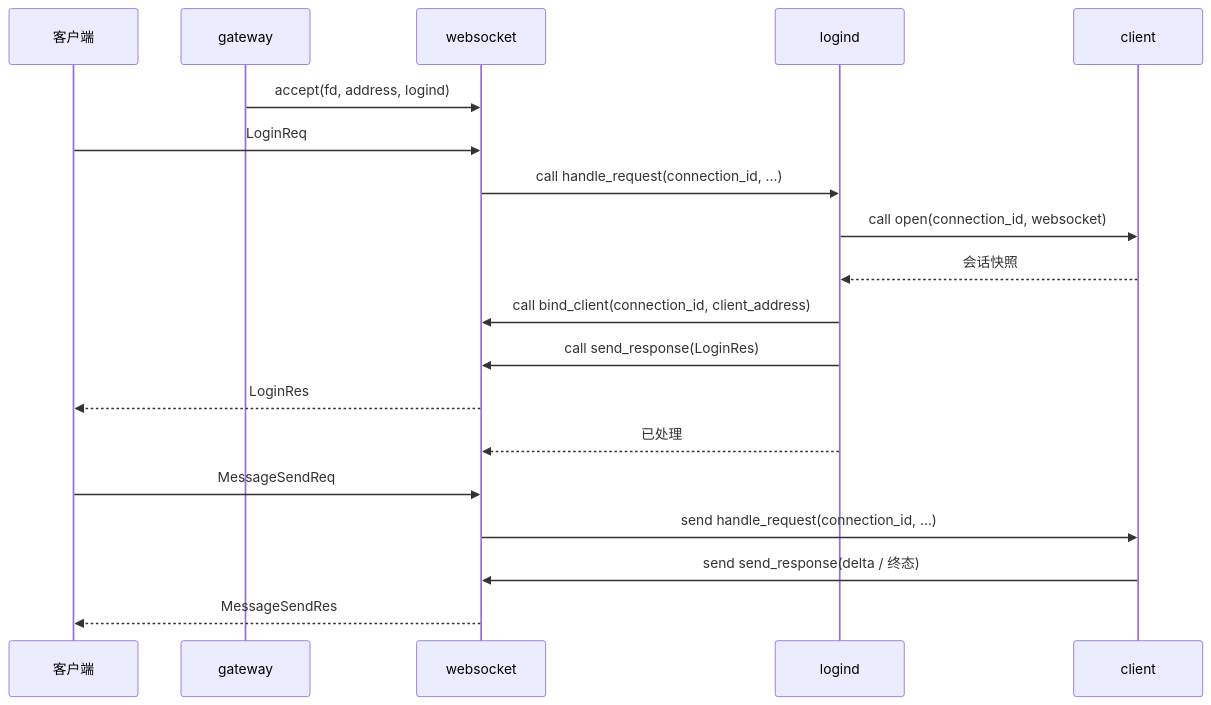
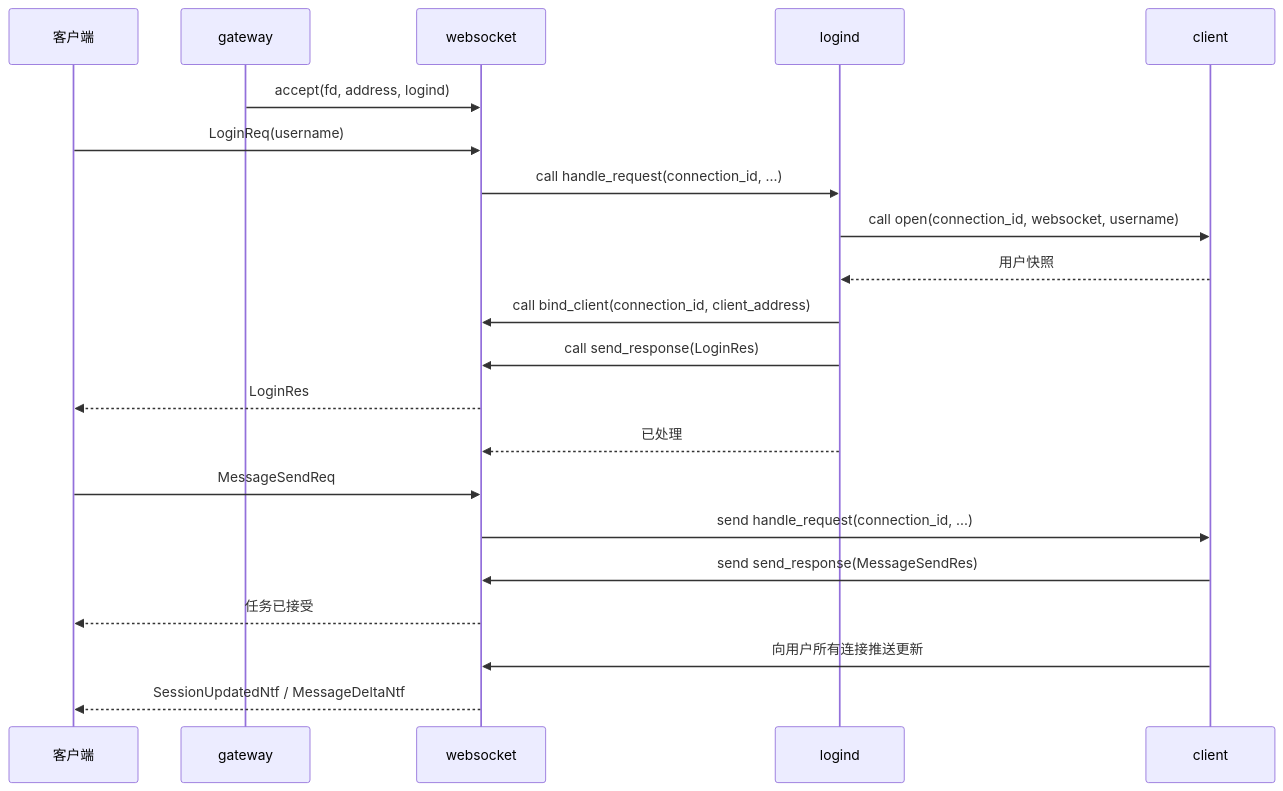
The second of 2 diagrams in docs/architecture/AGENT_GATEWAY.md (dingdalong/skynet_agent), drawn with Mermaid before and after one commit. The commit also changed other lines of this file and 56 other files, not shown here.

````diff
--- a/docs/architecture/AGENT_GATEWAY.md
+++ b/docs/architecture/AGENT_GATEWAY.md
@@ -109,21 +110,23 @@
 ```mermaid
 sequenceDiagram
     participant C as 客户端
     participant G as gateway
     participant W as websocket
     participant L as logind
     participant A as client
     G->>W: accept(fd, address, logind)
-    C->>W: LoginReq
+    C->>W: LoginReq(username)
     W->>L: call handle_request(connection_id, ...)
-    L->>A: call open(connection_id, websocket)
-    A-->>L: 会话快照
+    L->>A: call open(connection_id, websocket, username)
+    A-->>L: 用户快照
     L->>W: call bind_client(connection_id, client_address)
     L->>W: call send_response(LoginRes)
     W-->>C: LoginRes
     L-->>W: 已处理
     C->>W: MessageSendReq
     W->>A: send handle_request(connection_id, ...)
-    A->>W: send send_response(delta / 终态)
-    W-->>C: MessageSendRes
+    A->>W: send send_response(MessageSendRes)
+    W-->>C: 任务已接受
+    A->>W: 向用户所有连接推送更新
+    W-->>C: SessionUpdatedNtf / MessageDeltaNtf
 ```
````
